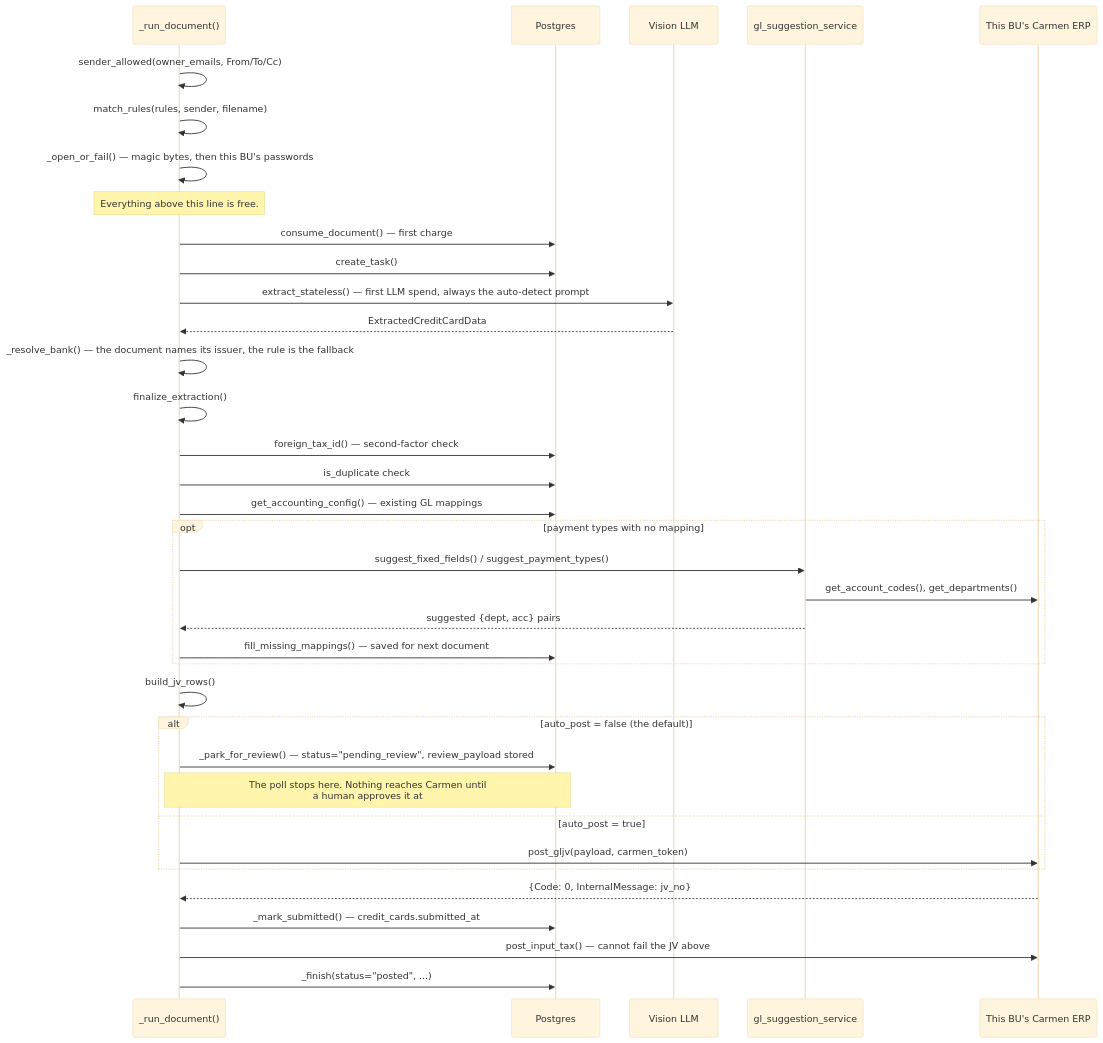
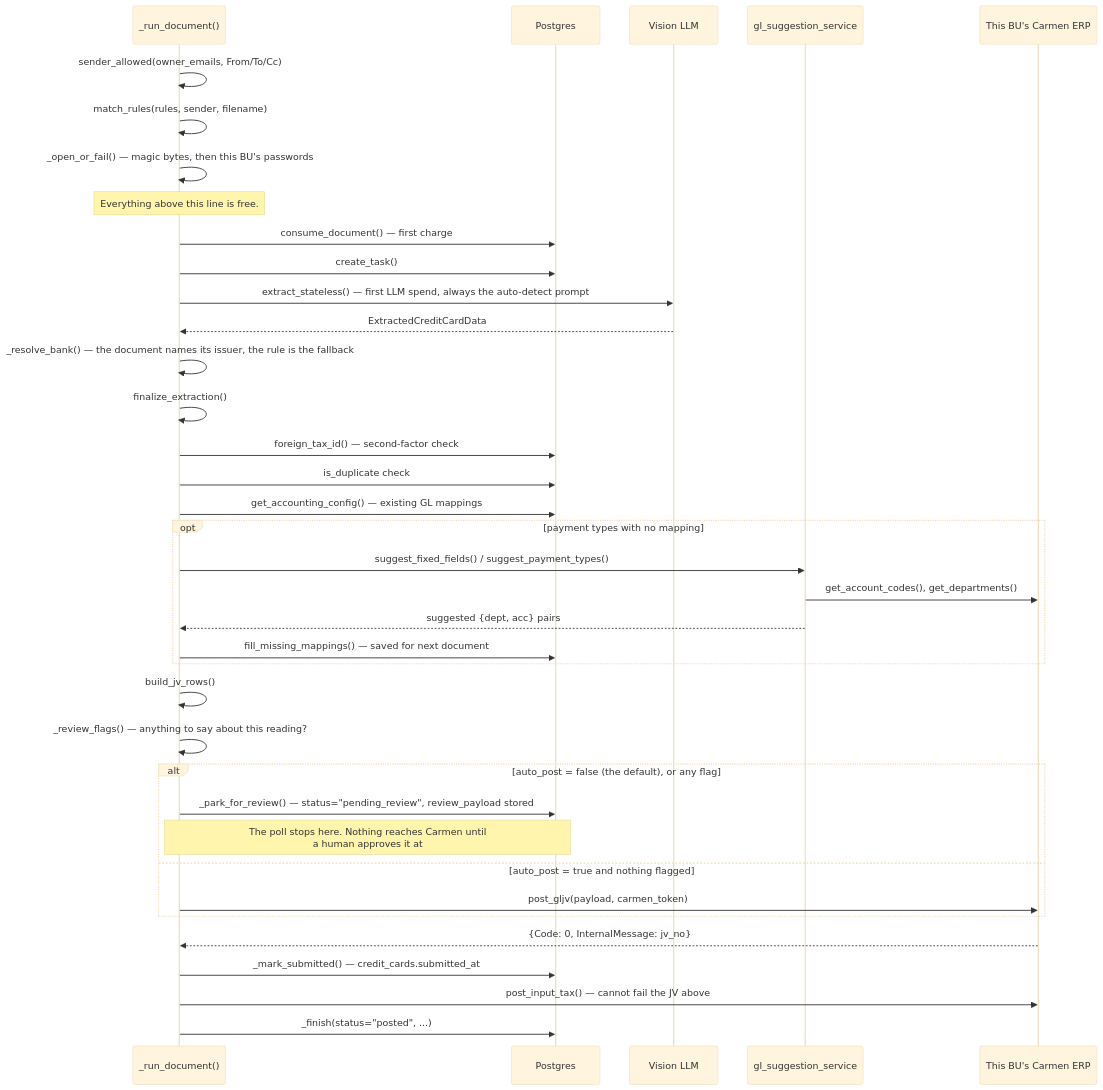
Before and after one commit to developer-carmensoftware/OCR: the sixth of 8 diagrams in docs/email-automation/02-architecture.md, drawn with Mermaid (base theme). The commit also changed other lines of this file and 18 other files, not shown here.

````diff
--- a/docs/email-automation/02-architecture.md
+++ b/docs/email-automation/02-architecture.md
@@ -186,39 +186,40 @@
 ```mermaid
 sequenceDiagram
     participant Ingest as _run_document()
     participant DB as Postgres
     participant Vision as Vision LLM
     participant GLSuggest as gl_suggestion_service
     participant Carmen as This BU's Carmen ERP
 
     Ingest->>Ingest: sender_allowed(owner_emails, From/To/Cc)
     Ingest->>Ingest: match_rules(rules, sender, filename)
     Ingest->>Ingest: _open_or_fail() — magic bytes, then this BU's passwords
     Note over Ingest: Everything above this line is free.
     Ingest->>DB: consume_document() — first charge
     Ingest->>DB: create_task()
     Ingest->>Vision: extract_stateless() — first LLM spend, always the auto-detect prompt
     Vision-->>Ingest: ExtractedCreditCardData
     Ingest->>Ingest: _resolve_bank() — the document names its issuer, the rule is the fallback
     Ingest->>Ingest: finalize_extraction()
     Ingest->>DB: foreign_tax_id() — second-factor check
     Ingest->>DB: is_duplicate check
     Ingest->>DB: get_accounting_config() — existing GL mappings
     opt payment types with no mapping
         Ingest->>GLSuggest: suggest_fixed_fields() / suggest_payment_types()
         GLSuggest->>Carmen: get_account_codes(), get_departments()
         GLSuggest-->>Ingest: suggested {dept, acc} pairs
         Ingest->>DB: fill_missing_mappings() — saved for next document
     end
     Ingest->>Ingest: build_jv_rows()
-    alt auto_post = false (the default)
+    Ingest->>Ingest: _review_flags() — anything to say about this reading?
+    alt auto_post = false (the default), or any flag
         Ingest->>DB: _park_for_review() — status="pending_review", review_payload stored
         Note over Ingest,DB: The poll stops here. Nothing reaches Carmen until<br/>a human approves it at #/CreditCardOCR.
-    else auto_post = true
+    else auto_post = true and nothing flagged
         Ingest->>Carmen: post_gljv(payload, carmen_token)
     end
     Carmen-->>Ingest: {Code: 0, InternalMessage: jv_no}
     Ingest->>DB: _mark_submitted() — credit_cards.submitted_at
     Ingest->>Carmen: post_input_tax() — cannot fail the JV above
     Ingest->>DB: _finish(status="posted", ...)
 ```
````
